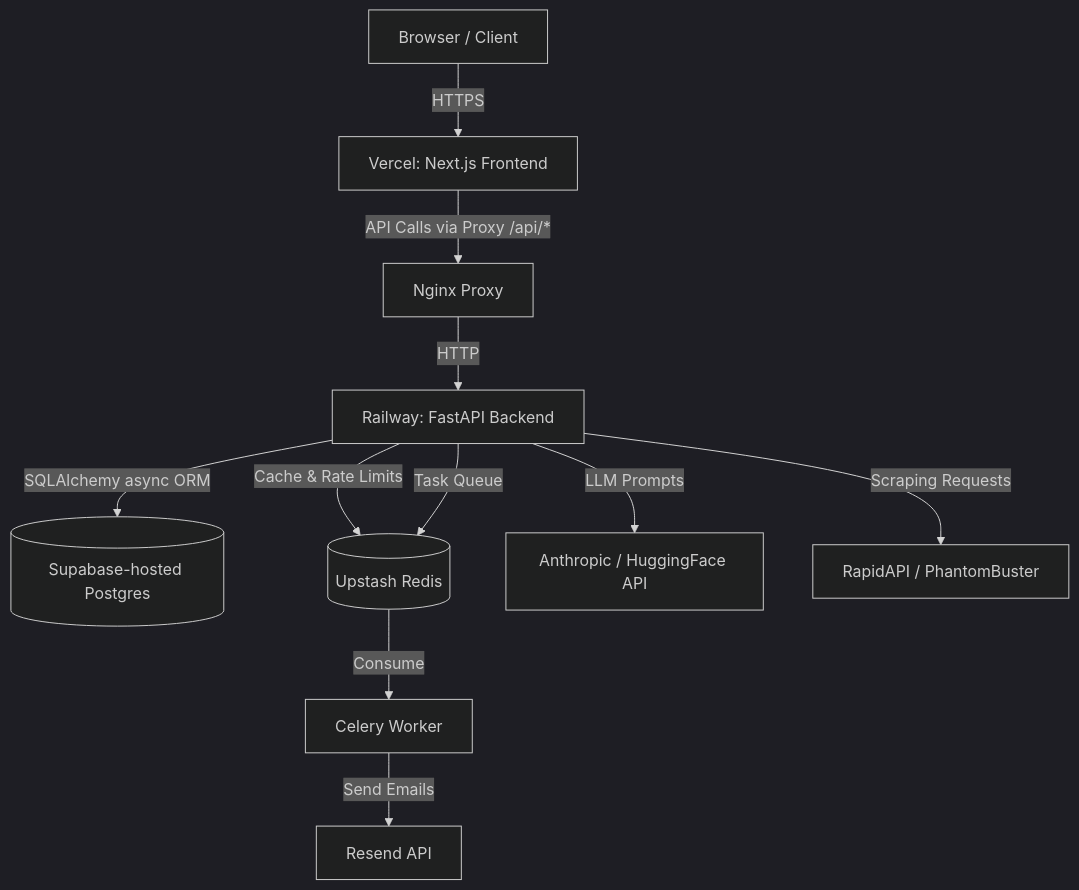
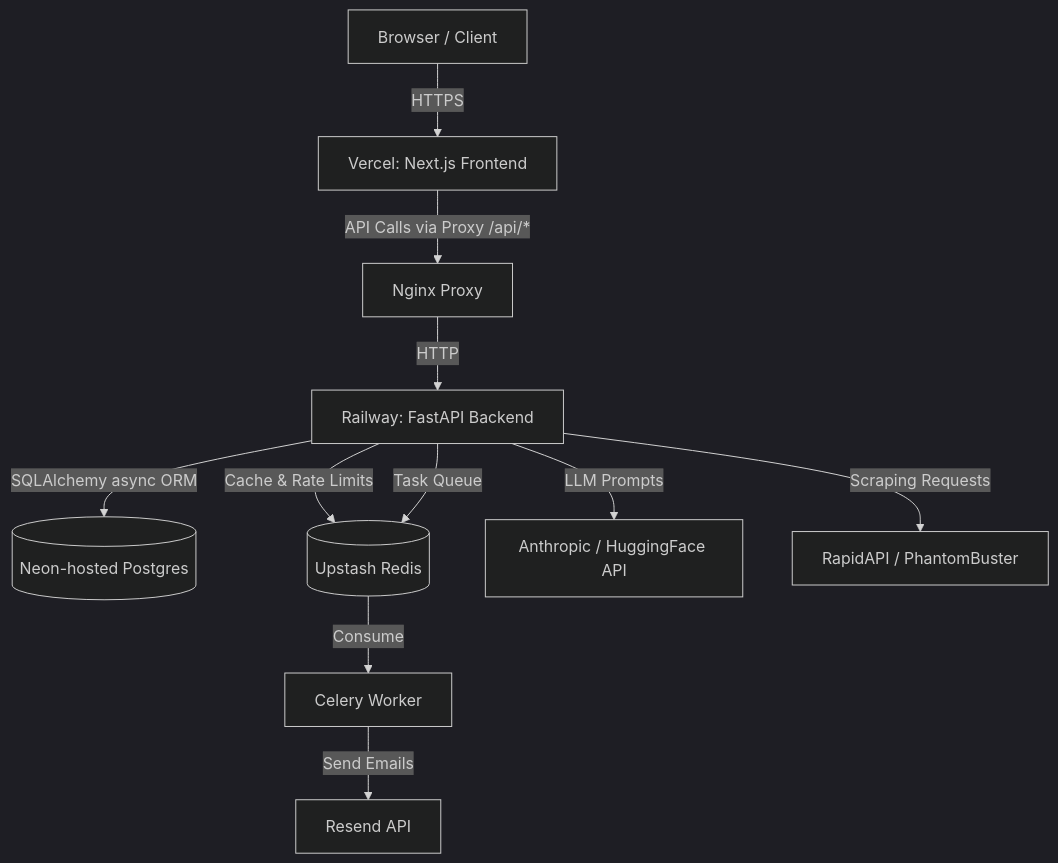
Before and after one commit to s4nkar/JobNok-ai-job-search-automation-platform: the diagram in docs/architecture.md, drawn with Mermaid (dark theme). The commit also changed other lines of this file and 22 other files, not shown here.

Commit message:
feat: migrate db to hosted Neon

````diff
--- a/docs/architecture.md
+++ b/docs/architecture.md
@@ -7,13 +7,13 @@
 ```mermaid
 graph TD
     Client[Browser / Client] --> |HTTPS| Vercel[Vercel: Next.js Frontend]
     Vercel --> |API Calls via Proxy /api/*| Nginx[Nginx Proxy]
     Nginx --> |HTTP| FastAPI[Railway: FastAPI Backend]
-    FastAPI --> |SQLAlchemy async ORM| Supabase[(Supabase-hosted Postgres)]
+    FastAPI --> |SQLAlchemy async ORM| Neon[(Neon-hosted Postgres)]
     FastAPI --> |Cache & Rate Limits| Redis[(Upstash Redis)]
     FastAPI --> |Task Queue| Redis
     Redis --> |Consume| Celery[Celery Worker]
     Celery --> |Send Emails| Resend[Resend API]
     FastAPI --> |LLM Prompts| AI[Anthropic / HuggingFace API]
     FastAPI --> |Scraping Requests| RapidAPI[RapidAPI / PhantomBuster]
 ```
````
